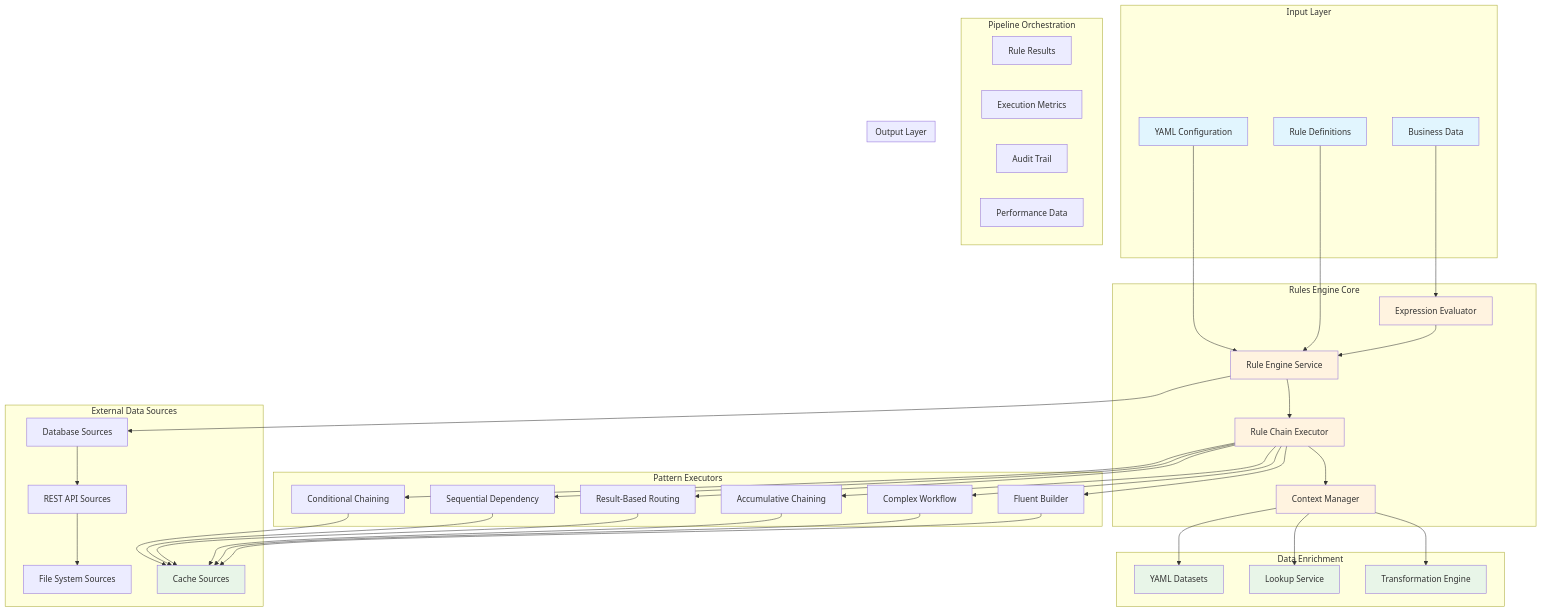
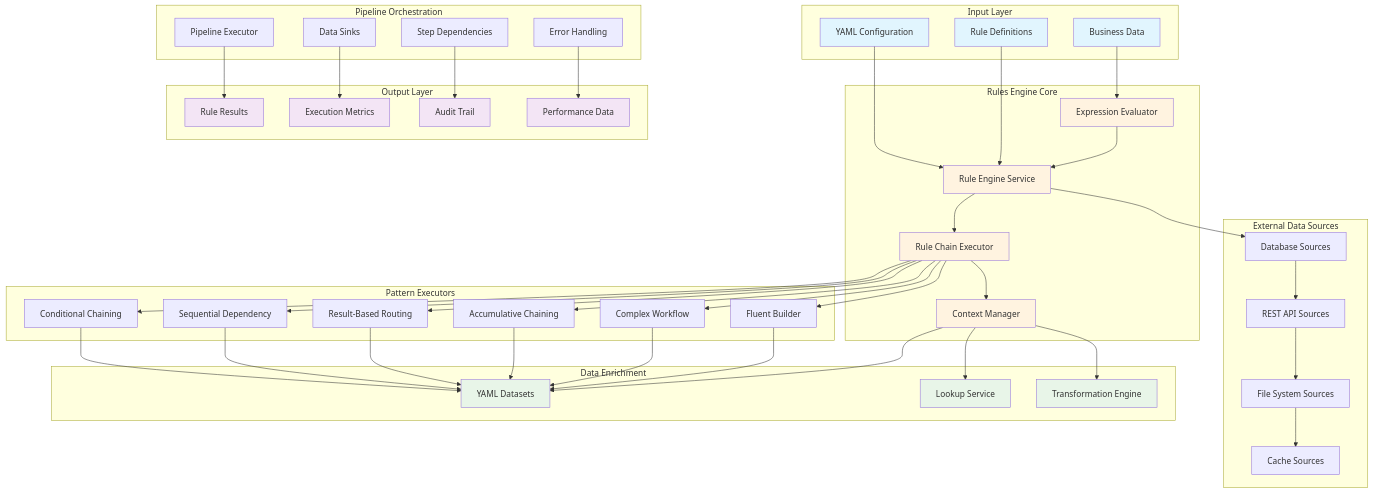
The first of 6 diagrams in docs/APEX_RULES_ENGINE_USER_GUIDE.md (mraysmit/apex), drawn with Mermaid before and after one commit. The commit also changed 25 other files, not shown here.

````diff
--- a/docs/APEX_RULES_ENGINE_USER_GUIDE.md
+++ b/docs/APEX_RULES_ENGINE_USER_GUIDE.md
@@ -71,10 +71,10 @@
     end
 
     subgraph "Output Layer"
-        U[Rule Results]
-        V[Execution Metrics]
-        W[Audit Trail]
-        X[Performance Data]
+        Y[Rule Results]
+        Z[Execution Metrics]
+        AA[Audit Trail]
+        BB[Performance Data]
     end
 
     A --> D
@@ -95,13 +95,19 @@
     E --> N
     N --> O
     O --> P
+    P --> Q
 
-    H --> Q
-    I --> Q
-    J --> Q
-    K --> Q
-    L --> Q
-    M --> Q
+    H --> R
+    I --> R
+    J --> R
+    K --> R
+    L --> R
+    M --> R
+
+    U --> Y
+    V --> Z
+    W --> AA
+    X --> BB
 
     G --> R
     G --> S
@@ -114,8 +120,11 @@
     style E fill:#fff3e0
     style F fill:#fff3e0
     style G fill:#fff3e0
-    style Q fill:#e8f5e8
     style R fill:#e8f5e8
     style S fill:#e8f5e8
     style T fill:#e8f5e8
+    style Y fill:#f3e5f5
+    style Z fill:#f3e5f5
+    style AA fill:#f3e5f5
+    style BB fill:#f3e5f5
 ```
````
